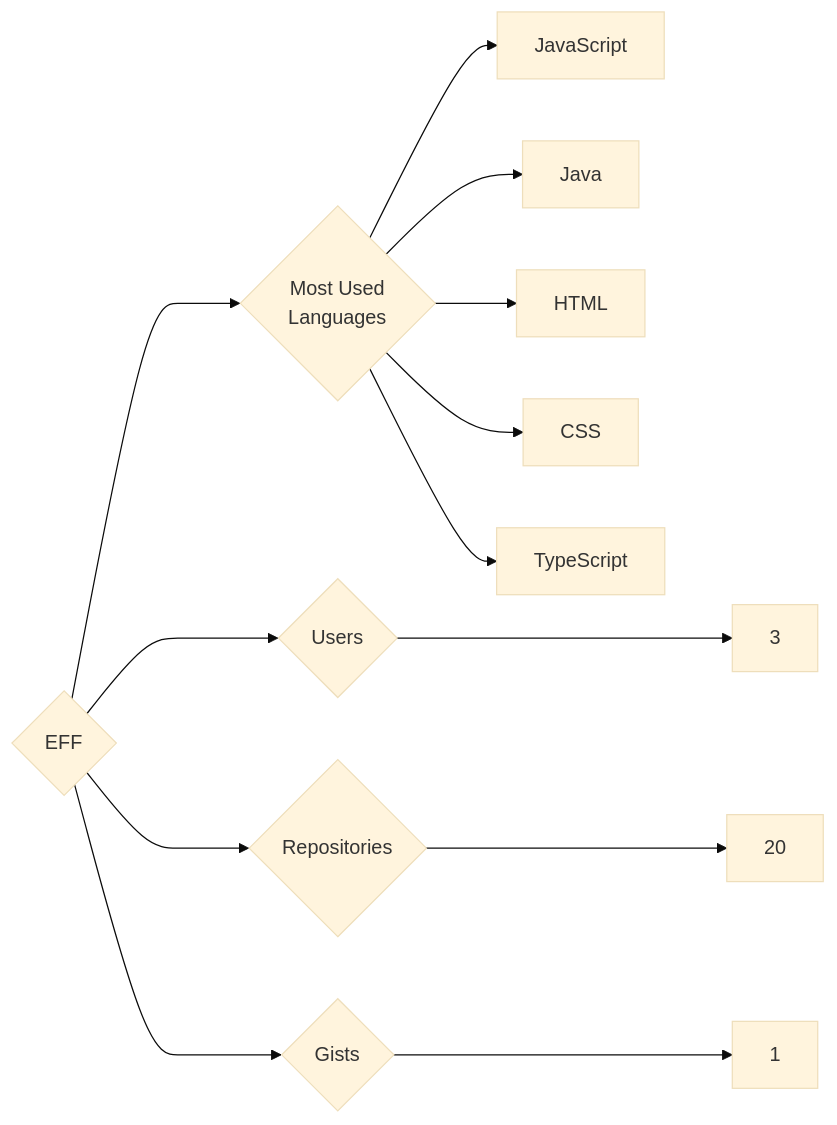
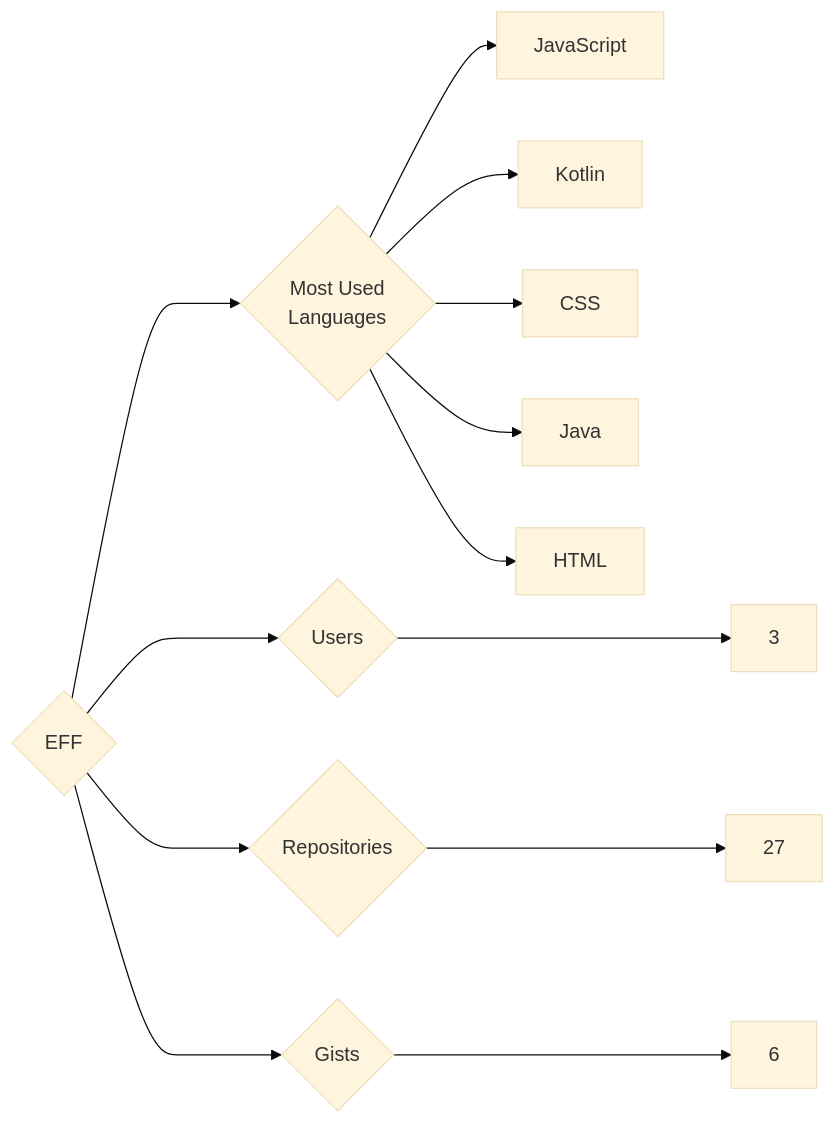
Before and after one commit to trickest/insiders: the diagram in targets/EFF/README.md, drawn with Mermaid (base theme). The commit also changed 1148 other files, not shown here.

````diff
--- a/targets/EFF/README.md
+++ b/targets/EFF/README.md
@@ -3,13 +3,13 @@
 ```mermaid
 graph LR
 COMPANY_NAME{EFF}
 COMPANY_NAME ---> U{Users} ---> UN[3]
-COMPANY_NAME ---> R{Repositories} ---> RN[20]
-COMPANY_NAME ---> G{Gists} ---> GN[1]
+COMPANY_NAME ---> R{Repositories} ---> RN[27]
+COMPANY_NAME ---> G{Gists} ---> GN[6]
 COMPANY_NAME ---> ML{Most Used<br>Languages}
 ML --> JavaScript[JavaScript]
+ML --> Kotlin[Kotlin]
+ML --> CSS[CSS]
 ML --> Java[Java]
 ML --> HTML[HTML]
-ML --> CSS[CSS]
-ML --> TypeScript[TypeScript]
 ```
````
